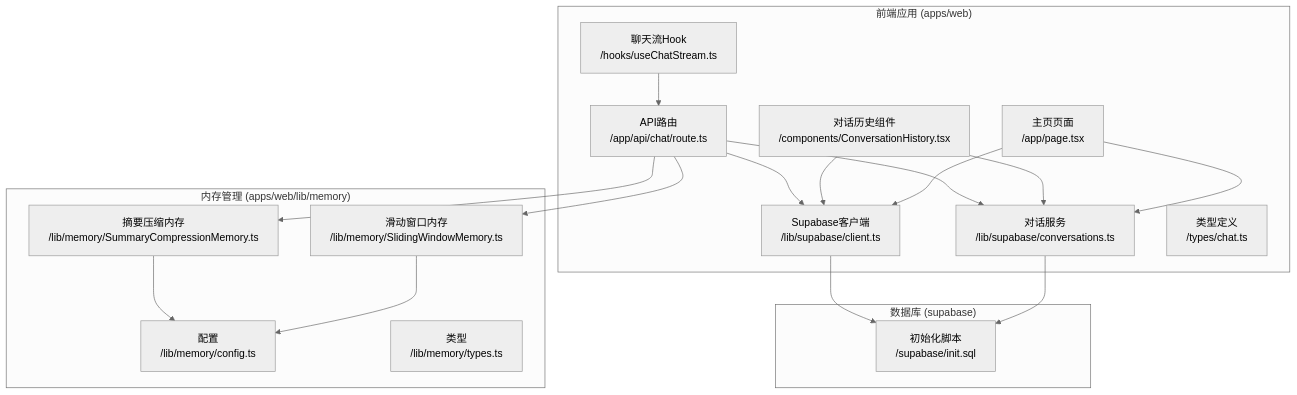
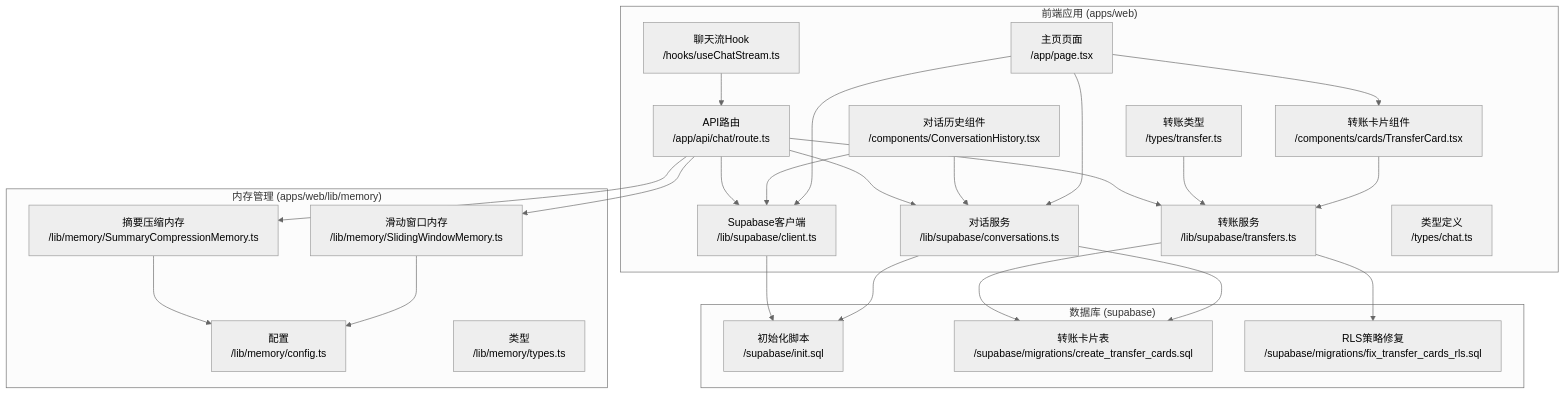
Before and after one commit to CryptoLinxu/Web3-AI-Agent: the first of 14 diagrams in .qoder/repowiki/zh/content/核心技能详解/对话持久化系统.md, drawn with Mermaid (neutral theme). The commit also changed other lines of this file and 7 other files, not shown here.

Commit message:
eat(transfer-card): 实现 ERC20 approve 完整流程" -m "扩展 ERC20_ABI 增加 allowance 和 approve 新增 useReadContract 检查授权额度 allowance 不足时自动显示授权步骤 approve 成功后自动发起 transfer 新增 approving 状态和授权 UI 按钮 类型 TransferStatus 新增 approving

````diff
--- a/.qoder/repowiki/zh/content/核心技能详解/对话持久化系统.md
+++ b/.qoder/repowiki/zh/content/核心技能详解/对话持久化系统.md
@@ -54,34 +61,46 @@
 ```mermaid
 graph TB
 subgraph "前端应用 (apps/web)"
 A[API路由<br/>/app/api/chat/route.ts]
 B[聊天流Hook<br/>/hooks/useChatStream.ts]
 C[对话历史组件<br/>/components/ConversationHistory.tsx]
 D[Supabase客户端<br/>/lib/supabase/client.ts]
 E[对话服务<br/>/lib/supabase/conversations.ts]
-F[类型定义<br/>/types/chat.ts]
-G[主页页面<br/>/app/page.tsx]
+F[转账服务<br/>/lib/supabase/transfers.ts]
+G[类型定义<br/>/types/chat.ts]
+H[转账类型<br/>/types/transfer.ts]
+I[主页页面<br/>/app/page.tsx]
+J[转账卡片组件<br/>/components/cards/TransferCard.tsx]
 end
 subgraph "内存管理 (apps/web/lib/memory)"
-H[摘要压缩内存<br/>/lib/memory/SummaryCompressionMemory.ts]
-I[滑动窗口内存<br/>/lib/memory/SlidingWindowMemory.ts]
-J[配置<br/>/lib/memory/config.ts]
-K[类型<br/>/lib/memory/types.ts]
+K[摘要压缩内存<br/>/lib/memory/SummaryCompressionMemory.ts]
+L[滑动窗口内存<br/>/lib/memory/SlidingWindowMemory.ts]
+M[配置<br/>/lib/memory/config.ts]
+N[类型<br/>/lib/memory/types.ts]
 end
 subgraph "数据库 (supabase)"
-L[初始化脚本<br/>/supabase/init.sql]
+O[初始化脚本<br/>/supabase/init.sql]
+P[转账卡片表<br/>/supabase/migrations/create_transfer_cards.sql]
+Q[RLS策略修复<br/>/supabase/migrations/fix_transfer_cards_rls.sql]
 end
 A --> D
 A --> E
+A --> F
 B --> A
 C --> E
 C --> D
-D --> L
-E --> L
-H --> J
+D --> O
+E --> O
+F --> P
+F --> Q
+E --> P
+H --> F
+J --> F
+K --> M
+L --> M
+A --> K
+A --> L
+I --> D
+I --> E
 I --> J
-A --> H
-A --> I
-G --> D
-G --> E
 ```
````
